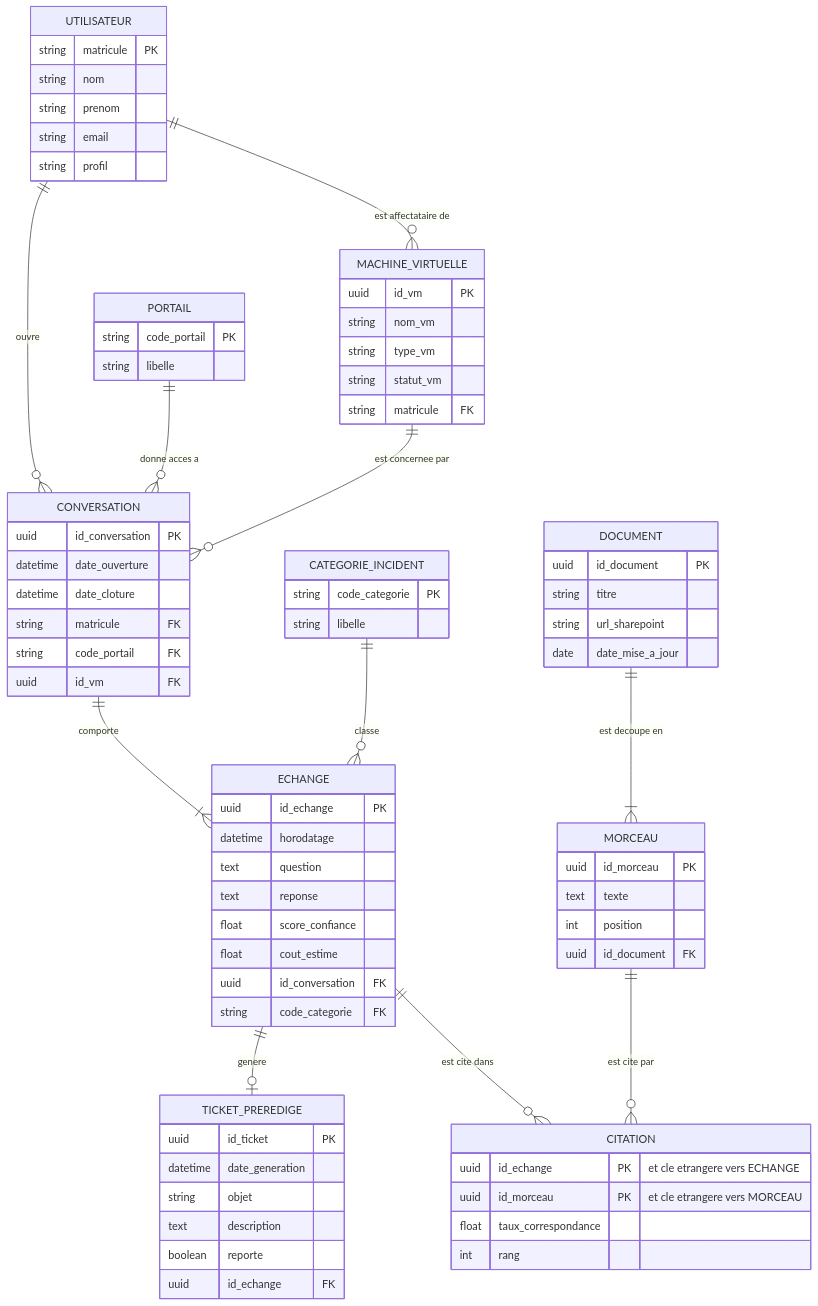
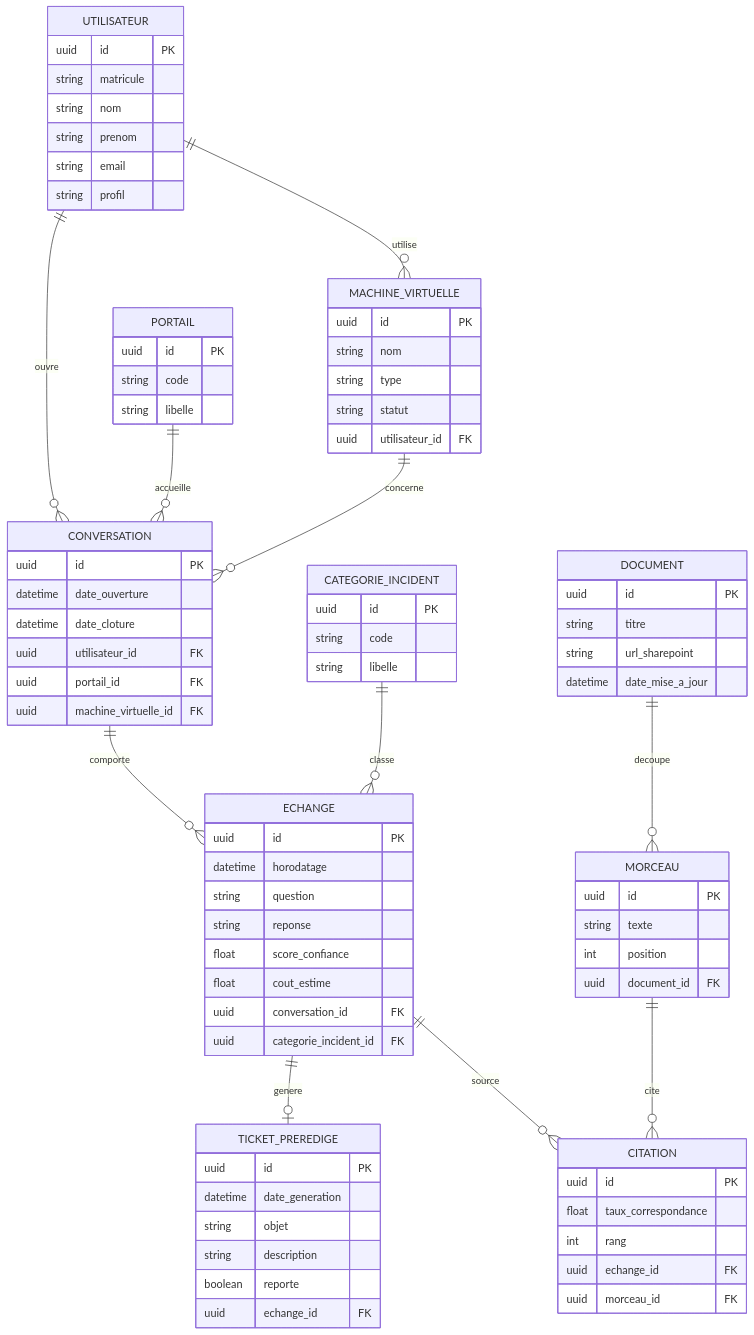
The third of 3 diagrams in 13bis-mcd-mld.md (margotmc-web/Chatbot_PPV_BC07), drawn with Mermaid before and after one commit. The commit also changed other lines of this file, not shown here.

````diff
--- a/13bis-mcd-mld.md
+++ b/13bis-mcd-mld.md
@@ -175,18 +173,19 @@
 ```mermaid
 erDiagram
-    UTILISATEUR ||--o{ MACHINE_VIRTUELLE : "est affectataire de"
+    UTILISATEUR ||--o{ MACHINE_VIRTUELLE : utilise
     UTILISATEUR ||--o{ CONVERSATION : ouvre
-    PORTAIL ||--o{ CONVERSATION : "donne acces a"
-    MACHINE_VIRTUELLE ||--o{ CONVERSATION : "est concernee par"
-    CONVERSATION ||--|{ ECHANGE : comporte
+    PORTAIL ||--o{ CONVERSATION : accueille
+    MACHINE_VIRTUELLE ||--o{ CONVERSATION : concerne
+    CONVERSATION ||--o{ ECHANGE : comporte
     CATEGORIE_INCIDENT ||--o{ ECHANGE : classe
     ECHANGE ||--o| TICKET_PREREDIGE : genere
-    ECHANGE ||--o{ CITATION : "est cite dans"
-    MORCEAU ||--o{ CITATION : "est cite par"
-    DOCUMENT ||--|{ MORCEAU : "est decoupe en"
+    ECHANGE ||--o{ CITATION : source
+    MORCEAU ||--o{ CITATION : cite
+    DOCUMENT ||--o{ MORCEAU : decoupe
 
     UTILISATEUR {
-        string matricule PK
+        uuid id PK
+        string matricule
         string nom
         string prenom
         string email
@@ -194,70 +193,73 @@
     }
 
     MACHINE_VIRTUELLE {
-        uuid id_vm PK
-        string nom_vm
-        string type_vm
-        string statut_vm
-        string matricule FK
+        uuid id PK
+        string nom
+        string type
+        string statut
+        uuid utilisateur_id FK
     }
 
     PORTAIL {
-        string code_portail PK
+        uuid id PK
+        string code
         string libelle
     }
 
     CONVERSATION {
-        uuid id_conversation PK
+        uuid id PK
         datetime date_ouverture
         datetime date_cloture
-        string matricule FK
-        string code_portail FK
-        uuid id_vm FK
+        uuid utilisateur_id FK
+        uuid portail_id FK
+        uuid machine_virtuelle_id FK
     }
 
     ECHANGE {
-        uuid id_echange PK
+        uuid id PK
         datetime horodatage
-        text question
-        text reponse
+        string question
+        string reponse
         float score_confiance
         float cout_estime
-        uuid id_conversation FK
-        string code_categorie FK
+        uuid conversation_id FK
+        uuid categorie_incident_id FK
     }
 
     CATEGORIE_INCIDENT {
-        string code_categorie PK
+        uuid id PK
+        string code
         string libelle
     }
 
     TICKET_PREREDIGE {
-        uuid id_ticket PK
+        uuid id PK
         datetime date_generation
         string objet
-        text description
+        string description
         boolean reporte
-        uuid id_echange FK
+        uuid echange_id FK
     }
 
     DOCUMENT {
-        uuid id_document PK
+        uuid id PK
         string titre
         string url_sharepoint
-        date date_mise_a_jour
+        datetime date_mise_a_jour
     }
 
     MORCEAU {
-        uuid id_morceau PK
-        text texte
+        uuid id PK
+        string texte
         int position
-        uuid id_document FK
+        uuid document_id FK
     }
 
     CITATION {
-        uuid id_echange PK "et cle etrangere vers ECHANGE"
-        uuid id_morceau PK "et cle etrangere vers MORCEAU"
+        uuid id PK
         float taux_correspondance
         int rang
+        uuid echange_id FK
+        uuid morceau_id FK
     }
 ```
````
